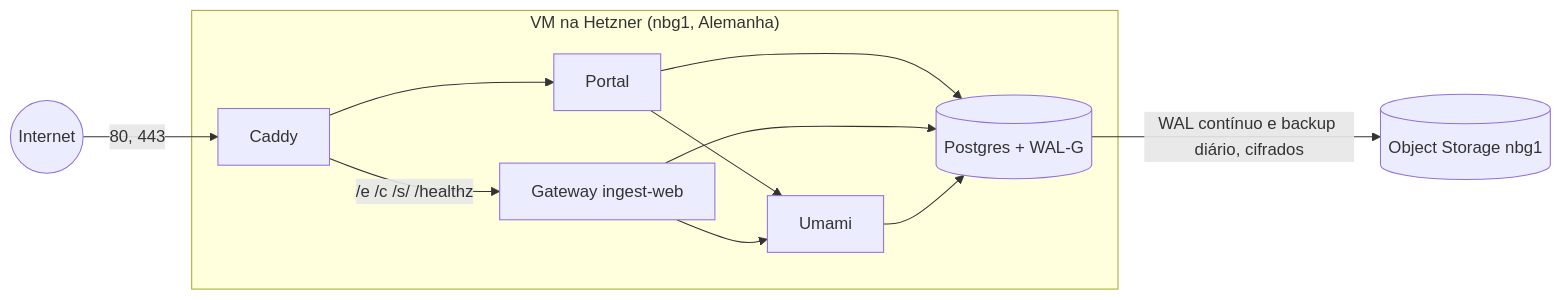
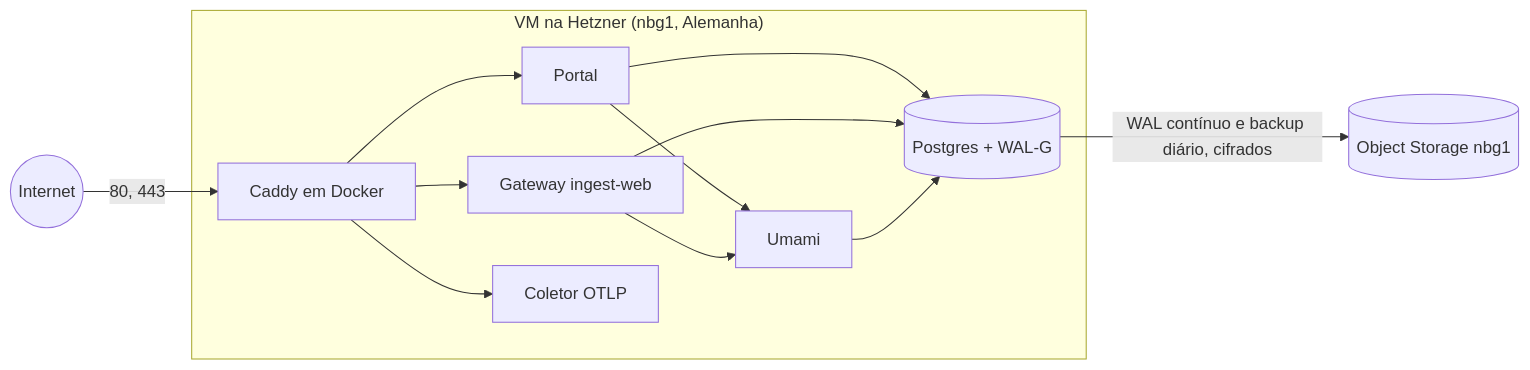
One commit to manucadev81/stellytics changed the diagram in docs/deploy.md. Above: the diagram before and after it, drawn with Mermaid. The commit also changed other lines of this file and 81 other files, not shown here.

````diff
--- a/docs/deploy.md
+++ b/docs/deploy.md
@@ -9,14 +9,15 @@
 ```mermaid
 flowchart LR
-  internet((Internet)) -->|80, 443| caddy
+  internet((Internet)) -->|80, 443| caddy[Caddy em Docker]
   subgraph vm["VM na Hetzner (nbg1, Alemanha)"]
-    caddy[Caddy] --> portal[Portal]
-    caddy -->|/e /c /s/ /healthz| gw[Gateway ingest-web]
+    caddy --> portal[Portal]
+    caddy --> gw[Gateway ingest-web]
+    caddy --> collector[Coletor OTLP]
     portal --> umami[Umami]
     gw --> umami
     portal --> pg[(Postgres + WAL-G)]
     gw --> pg
     umami --> pg
   end
   pg -->|WAL contínuo e backup diário, cifrados| s3[(Object Storage nbg1)]
 ```
````
